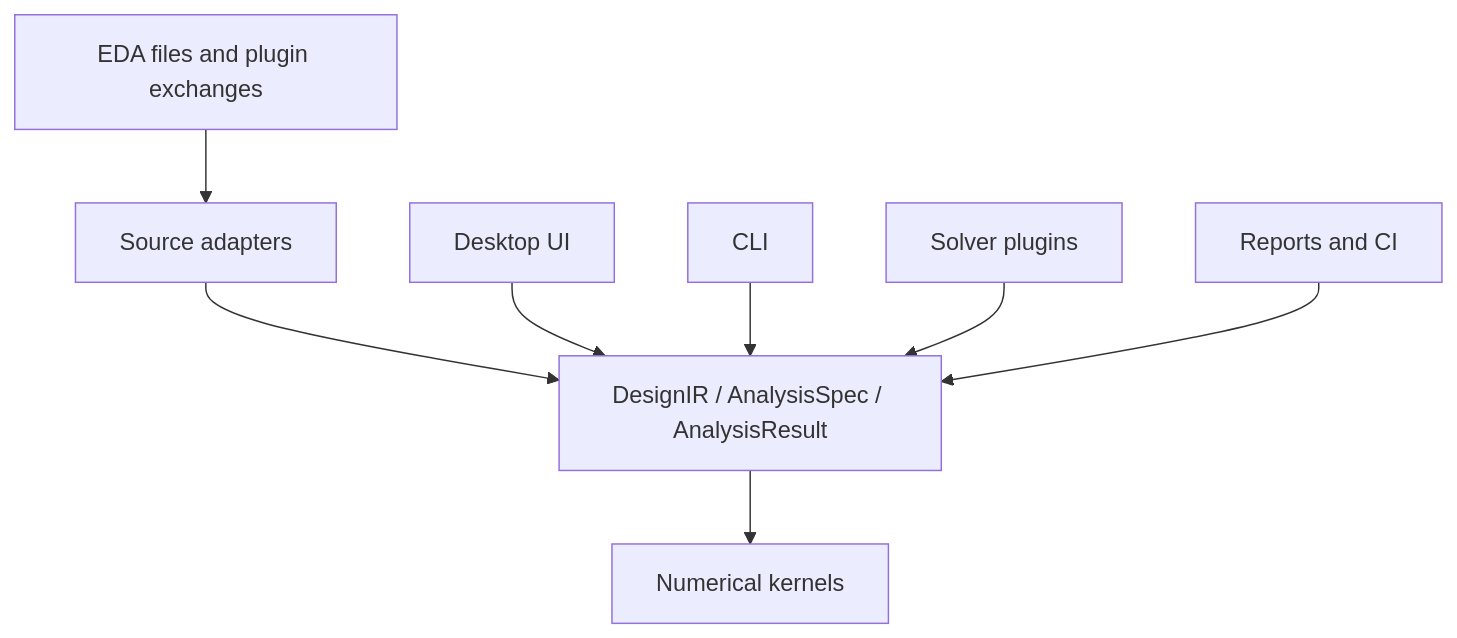
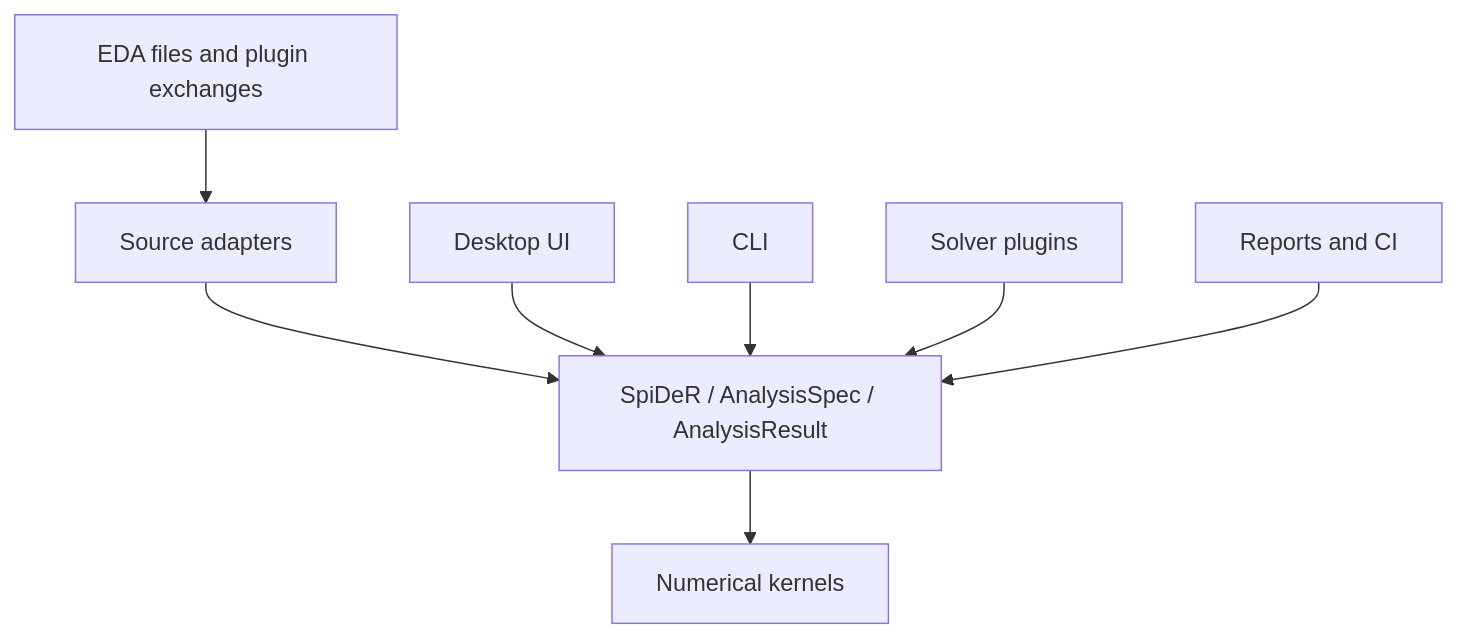
One commit to krishna-swaroop/SPIKE changed the third of 4 diagrams in ARCHITECTURE.md. Above: the diagram before and after it, drawn with Mermaid. The commit also changed other lines of this file and 523 other files, not shown here.

````diff
--- a/ARCHITECTURE.md
+++ b/ARCHITECTURE.md
@@ -174,10 +174,10 @@
 ```mermaid
 flowchart TB
     Sources["EDA files and plugin exchanges"] --> Adapters["Source adapters"]
-    Adapters --> Contracts["DesignIR / AnalysisSpec / AnalysisResult"]
+    Adapters --> Contracts["SpiDeR / AnalysisSpec / AnalysisResult"]
     UI["Desktop UI"] --> Contracts
     CLI["CLI"] --> Contracts
     Solvers["Solver plugins"] --> Contracts
     Reports["Reports and CI"] --> Contracts
     Contracts --> Math["Numerical kernels"]
 ```
````
